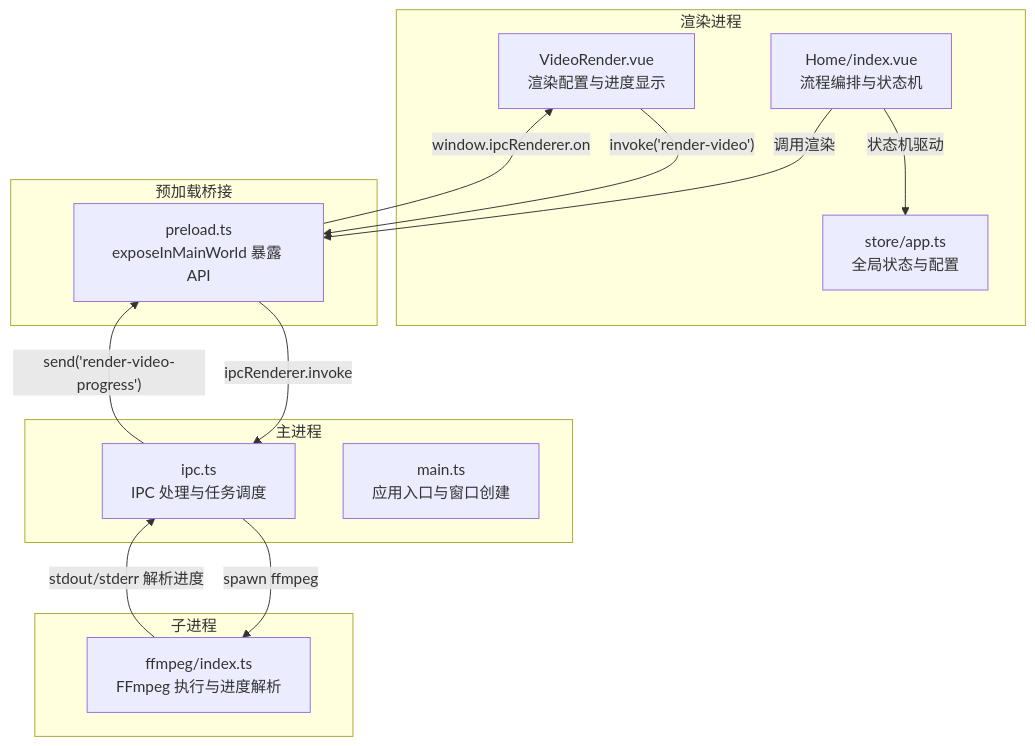
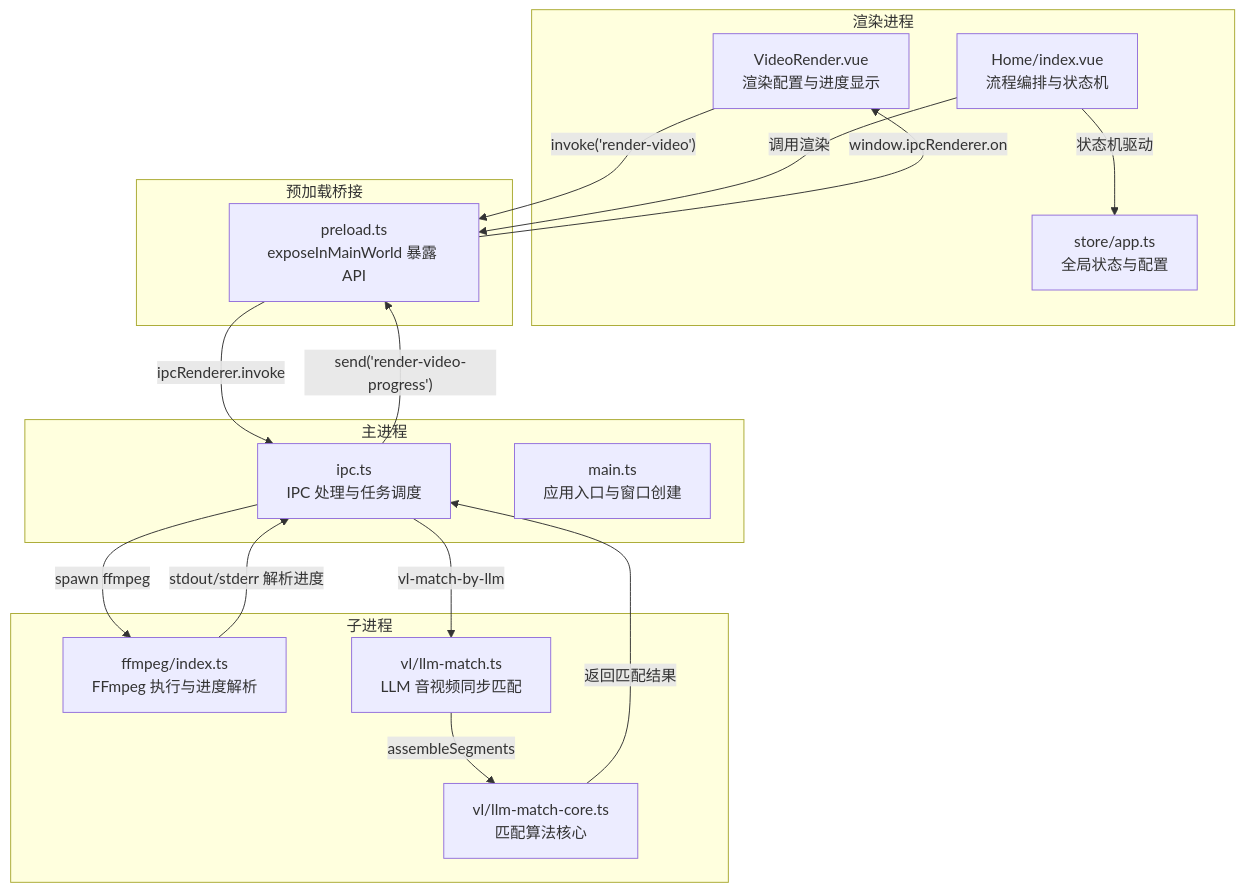
The first of 3 diagrams in .qoder/repowiki/zh/content/UI组件系统/视频渲染组件.md (torans/crow.video), drawn with Mermaid before and after one commit. The commit also changed other lines of this file and 35 other files, not shown here.

````diff
--- a/.qoder/repowiki/zh/content/UI组件系统/视频渲染组件.md
+++ b/.qoder/repowiki/zh/content/UI组件系统/视频渲染组件.md
@@ -40,26 +47,31 @@
 ```mermaid
 graph TB
 subgraph "渲染进程"
 VR["VideoRender.vue<br/>渲染配置与进度显示"]
 Home["Home/index.vue<br/>流程编排与状态机"]
 Store["store/app.ts<br/>全局状态与配置"]
 end
 subgraph "预加载桥接"
 Preload["preload.ts<br/>exposeInMainWorld 暴露 API"]
 end
 subgraph "主进程"
 IPC["ipc.ts<br/>IPC 处理与任务调度"]
 Main["main.ts<br/>应用入口与窗口创建"]
 end
 subgraph "子进程"
 FF["ffmpeg/index.ts<br/>FFmpeg 执行与进度解析"]
+LLM["vl/llm-match.ts<br/>LLM 音视频同步匹配"]
+Core["vl/llm-match-core.ts<br/>匹配算法核心"]
 end
 VR -- "invoke('render-video')" --> Preload
 Preload -- "ipcRenderer.invoke" --> IPC
 IPC -- "spawn ffmpeg" --> FF
+IPC -- "vl-match-by-llm" --> LLM
+LLM -- "assembleSegments" --> Core
+Core -- "返回匹配结果" --> IPC
 FF -- "stdout/stderr 解析进度" --> IPC
 IPC -- "send('render-video-progress')" --> Preload
 Preload -- "window.ipcRenderer.on" --> VR
 Home -- "状态机驱动" --> Store
 Home -- "调用渲染" --> Preload
 ```
````
